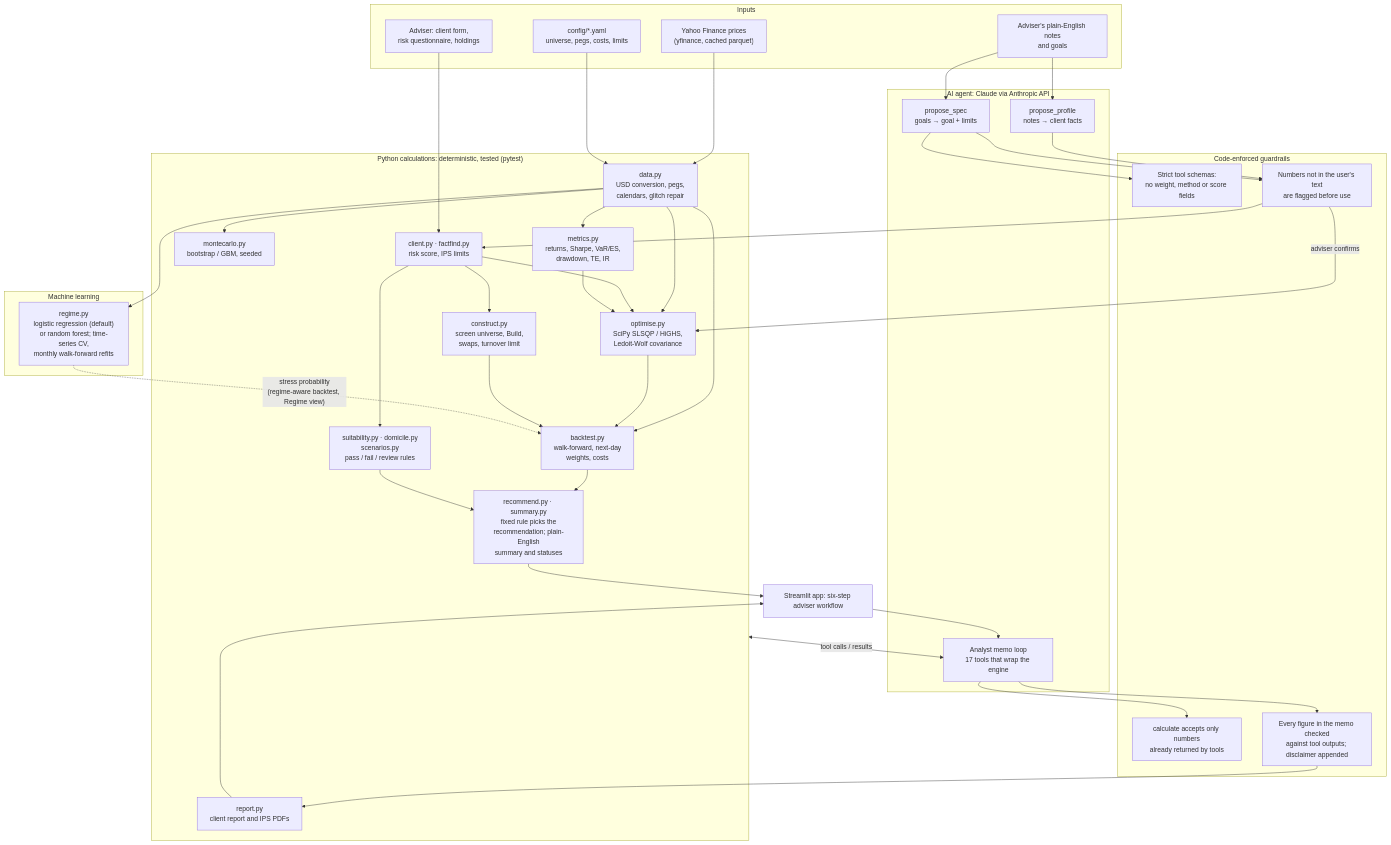
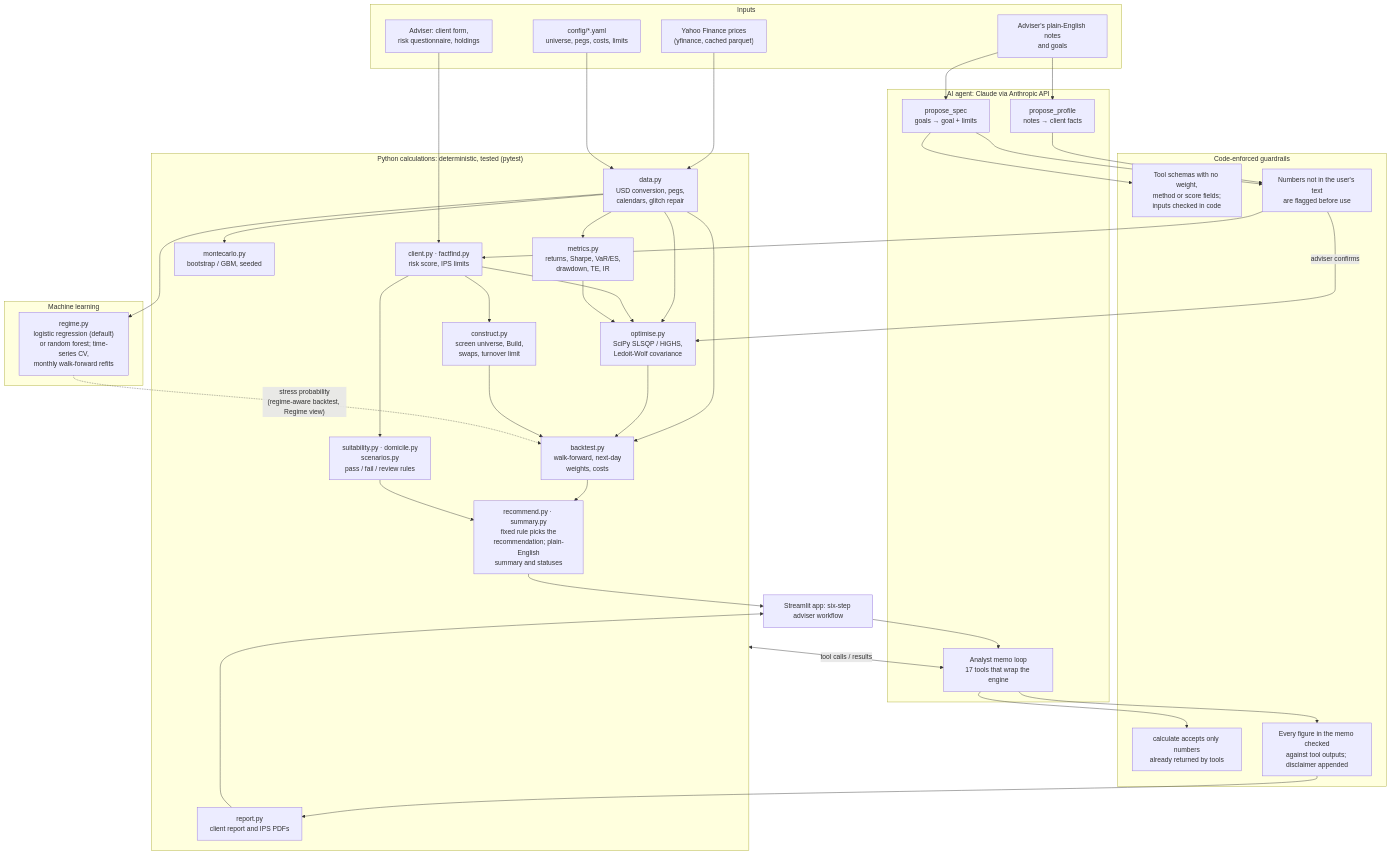
Before and after one commit to omarnaser16/gulf-portfolio-lab: the diagram in ARCHITECTURE.md, drawn with Mermaid. The commit also changed other lines of this file and 4 other files, not shown here.

Commit message:
docs: non-strict intake with code validation, API fallback and live tests

````diff
--- a/ARCHITECTURE.md
+++ b/ARCHITECTURE.md
@@ -13,65 +13,65 @@
 ```mermaid
 flowchart TB
     subgraph IN["Inputs"]
         YF["Yahoo Finance prices<br/>(yfinance, cached parquet)"]
         CFG["config/*.yaml<br/>universe, pegs, costs, limits"]
         ADV["Adviser: client form,<br/>risk questionnaire, holdings"]
         NOTES["Adviser's plain-English notes<br/>and goals"]
     end
 
     subgraph PY["Python calculations: deterministic, tested (pytest)"]
         DATA["data.py<br/>USD conversion, pegs,<br/>calendars, glitch repair"]
         MET["metrics.py<br/>returns, Sharpe, VaR/ES,<br/>drawdown, TE, IR"]
         OPT["optimise.py<br/>SciPy SLSQP / HiGHS,<br/>Ledoit-Wolf covariance"]
         CON["construct.py<br/>screen universe, Build,<br/>swaps, turnover limit"]
         BT["backtest.py<br/>walk-forward, next-day<br/>weights, costs"]
         MC["montecarlo.py<br/>bootstrap / GBM, seeded"]
         CLI["client.py · factfind.py<br/>risk score, IPS limits"]
         SUIT["suitability.py · domicile.py<br/>scenarios.py<br/>pass / fail / review rules"]
         REC["recommend.py · summary.py<br/>fixed rule picks the<br/>recommendation; plain-English<br/>summary and statuses"]
         REP["report.py<br/>client report and IPS PDFs"]
     end
 
     subgraph ML["Machine learning"]
         REG["regime.py<br/>logistic regression (default)<br/>or random forest; time-series CV,<br/>monthly walk-forward refits"]
     end
 
     subgraph AI["AI agent: Claude via Anthropic API"]
         PROF["propose_profile<br/>notes → client facts"]
         SPEC["propose_spec<br/>goals → goal + limits"]
         ANA["Analyst memo loop<br/>17 tools that wrap the engine"]
     end
 
     subgraph GUARD["Code-enforced guardrails"]
-        G1["Strict tool schemas:<br/>no weight, method or score fields"]
+        G1["Tool schemas with no weight,<br/>method or score fields;<br/>inputs checked in code"]
         G2["Numbers not in the user's text<br/>are flagged before use"]
         G3["calculate accepts only numbers<br/>already returned by tools"]
         G4["Every figure in the memo checked<br/>against tool outputs; disclaimer appended"]
     end
 
     UI["Streamlit app: six-step adviser workflow"]
 
     YF --> DATA
     CFG --> DATA
     DATA --> MET & OPT & BT & MC & REG
     ADV --> CLI
     CLI --> SUIT & OPT & CON
     MET --> OPT --> BT
     CON --> BT
     BT --> REC
     SUIT --> REC
     REG -. "stress probability<br/>(regime-aware backtest, Regime view)" .-> BT
 
     NOTES --> PROF & SPEC
     PROF --> G2 --> CLI
     SPEC --> G1
     SPEC --> G2
     G2 -- "adviser confirms" --> OPT
     ANA <-- "tool calls / results" --> PY
     ANA --> G3
     ANA --> G4 --> REP
 
     REC --> UI
     REP --> UI
     UI --> ANA
 ```
````
